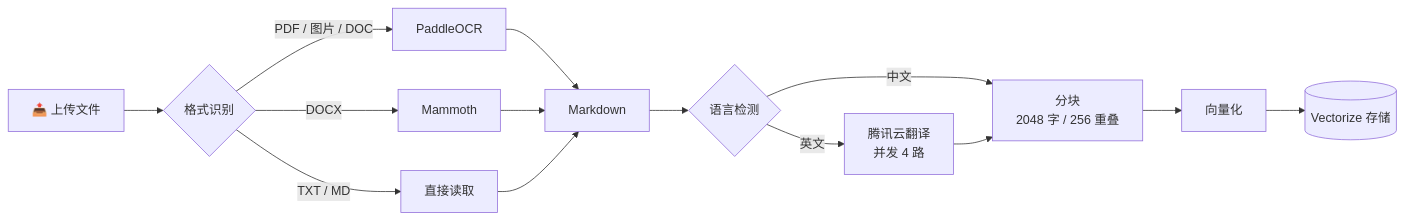
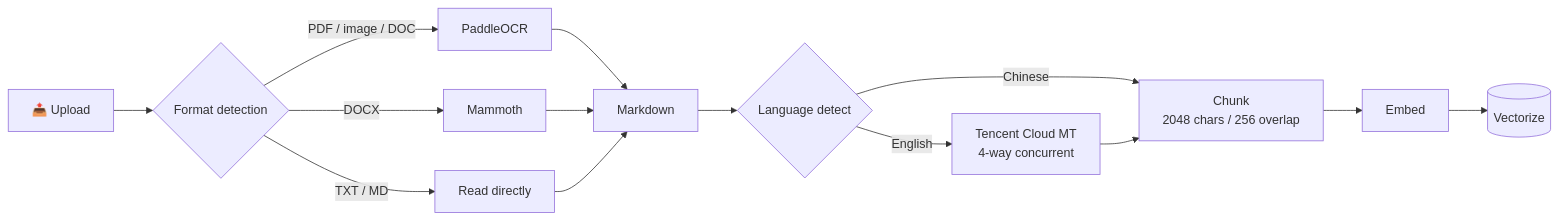
Before and after one commit to BingoWon/study-dojo: the second of 2 diagrams in README.md, drawn with Mermaid. The commit also changed other lines of this file and 1 other file, not shown here.

First line of the commit message:
docs: add English README, move Chinese to README.zh-CN.md

````diff
--- a/README.md
+++ b/README.md
@@ -133,16 +135,16 @@
 ```mermaid
 flowchart LR
-    UPLOAD[📤 上传文件] --> PARSE{格式识别}
-    PARSE -->|PDF / 图片 / DOC| OCR[PaddleOCR]
+    UPLOAD[📤 Upload] --> PARSE{Format detection}
+    PARSE -->|PDF / image / DOC| OCR[PaddleOCR]
     PARSE -->|DOCX| MAMMOTH[Mammoth]
-    PARSE -->|TXT / MD| RAW[直接读取]
+    PARSE -->|TXT / MD| RAW[Read directly]
     OCR --> MD[Markdown]
     MAMMOTH --> MD
     RAW --> MD
-    MD --> LANG{语言检测}
-    LANG -->|英文| TRANSLATE[腾讯云翻译<br/>并发 4 路]
-    LANG -->|中文| CHUNK
-    TRANSLATE --> CHUNK[分块<br/>2048 字 / 256 重叠]
-    CHUNK --> EMBED[向量化]
-    EMBED --> STORE[(Vectorize 存储)]
+    MD --> LANG{Language detect}
+    LANG -->|English| TRANSLATE[Tencent Cloud MT<br/>4-way concurrent]
+    LANG -->|Chinese| CHUNK
+    TRANSLATE --> CHUNK[Chunk<br/>2048 chars / 256 overlap]
+    CHUNK --> EMBED[Embed]
+    EMBED --> STORE[(Vectorize)]
 ```
````
